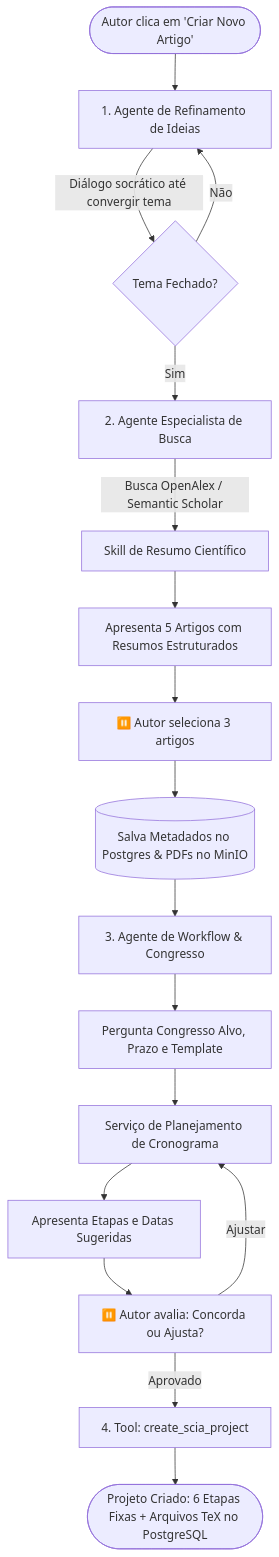
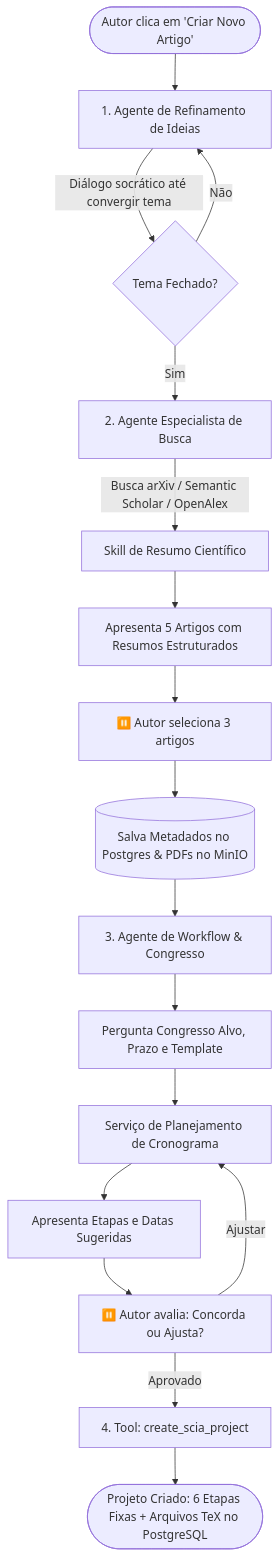
The diagram in docs/planning/specs/sciai-chat-copilot-spec.md (Digital-Analytics-Apps/sci-latex-vscode-ai), drawn with Mermaid before and after one commit. The commit also changed other lines of this file and 19 other files, not shown here.

````diff
--- a/docs/planning/specs/sciai-chat-copilot-spec.md
+++ b/docs/planning/specs/sciai-chat-copilot-spec.md
@@ -40,23 +40,22 @@
 ```mermaid
 graph TD
     Start([Autor clica em 'Criar Novo Artigo']) --> Node1[1. Agente de Refinamento de Ideias]
     Node1 -->|Diálogo socrático até convergir tema| Choice1{Tema Fechado?}
     Choice1 -- Não --> Node1
     Choice1 -- Sim --> Node2[2. Agente Especialista de Busca]
     
-    Node2 -->|Busca OpenAlex / Semantic Scholar| SkillSummary[Skill de Resumo Científico]
+    Node2 -->|Busca arXiv / Semantic Scholar / OpenAlex| SkillSummary[Skill de Resumo Científico]
     SkillSummary --> DisplayPapers[Apresenta 5 Artigos com Resumos Estruturados]
     DisplayPapers --> HumanSelect[⏸️ Autor seleciona 3 artigos]
-    
     HumanSelect --> StorePapers[(Salva Metadados no Postgres & PDFs no MinIO)]
     StorePapers --> Node3[3. Agente de Workflow & Congresso]
     
     Node3 --> AskConf[Pergunta Congresso Alvo, Prazo e Template]
     AskConf --> CalcTimeline[Serviço de Planejamento de Cronograma]
     CalcTimeline --> ProposeSchedule[Apresenta Etapas e Datas Sugeridas]
     ProposeSchedule --> HumanReview[⏸️ Autor avalia: Concorda ou Ajusta?]
     
     HumanReview -- Ajustar --> CalcTimeline
     HumanReview -- Aprovado --> ToolCreate[4. Tool: create_scia_project]
     ToolCreate --> Ready([Projeto Criado: 6 Etapas Fixas + Arquivos TeX no PostgreSQL])
 ```
````
